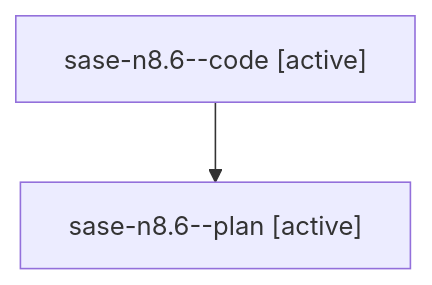
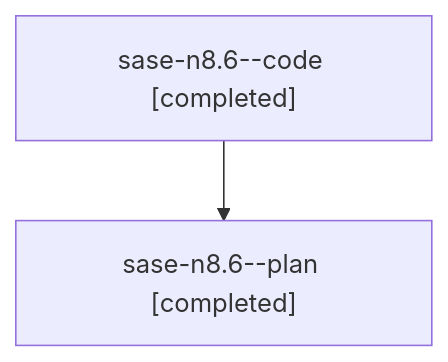
One commit to sase-org/sase--agents changed the diagram in families/bbugyi200.athena.sase-n8.6.md. Above: the diagram before and after it, drawn with Mermaid. The commit also changed other lines of this file and 76 other files, not shown here.

````diff
--- a/families/bbugyi200.athena.sase-n8.6.md
+++ b/families/bbugyi200.athena.sase-n8.6.md
@@ -9,6 +9,6 @@
 ```mermaid
 flowchart TD
-  n0["sase-n8.6--code [active]"]
-  n1["sase-n8.6--plan [active]"]
+  n0["sase-n8.6--code [completed]"]
+  n1["sase-n8.6--plan [completed]"]
   n0 --> n1
 ```
````
